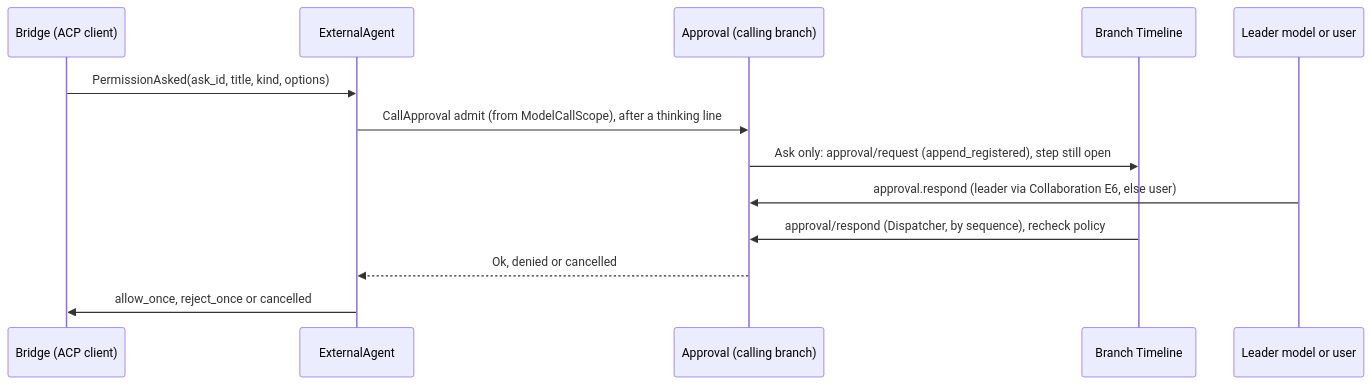
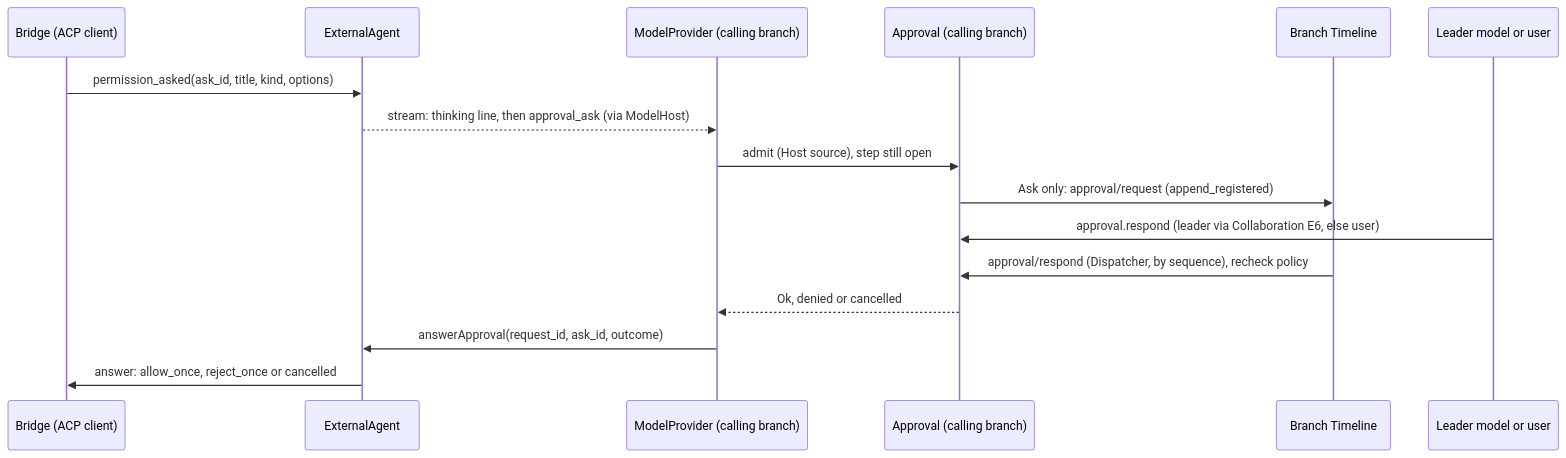
One commit to CoutinhoTTS/dim-agent changed the fourth of 5 diagrams in docs/design/plugins/ExternalAgent.md. Above: the diagram before and after it, drawn with Mermaid. The commit also changed other lines of this file and 3 other files, not shown here.

````diff
--- a/docs/design/plugins/ExternalAgent.md
+++ b/docs/design/plugins/ExternalAgent.md
@@ -130,15 +129,18 @@
 ```mermaid
 sequenceDiagram
   participant BR as Bridge (ACP client)
   participant EA as ExternalAgent
+  participant MP as ModelProvider (calling branch)
   participant AP as Approval (calling branch)
   participant TL as Branch Timeline
   participant U as Leader model or user
-  BR->>EA: PermissionAsked(ask_id, title, kind, options)
-  EA->>AP: CallApproval admit (from ModelCallScope), after a thinking line
-  AP->>TL: Ask only: approval/request (append_registered), step still open
+  BR->>EA: permission_asked(ask_id, title, kind, options)
+  EA-->>MP: stream: thinking line, then approval_ask (via ModelHost)
+  MP->>AP: admit (Host source), step still open
+  AP->>TL: Ask only: approval/request (append_registered)
   U->>AP: approval.respond (leader via Collaboration E6, else user)
   TL->>AP: approval/respond (Dispatcher, by sequence), recheck policy
-  AP-->>EA: Ok, denied or cancelled
-  EA->>BR: allow_once, reject_once or cancelled
+  AP-->>MP: Ok, denied or cancelled
+  MP->>EA: answerApproval(request_id, ask_id, outcome)
+  EA->>BR: answer: allow_once, reject_once or cancelled
 ```
````
